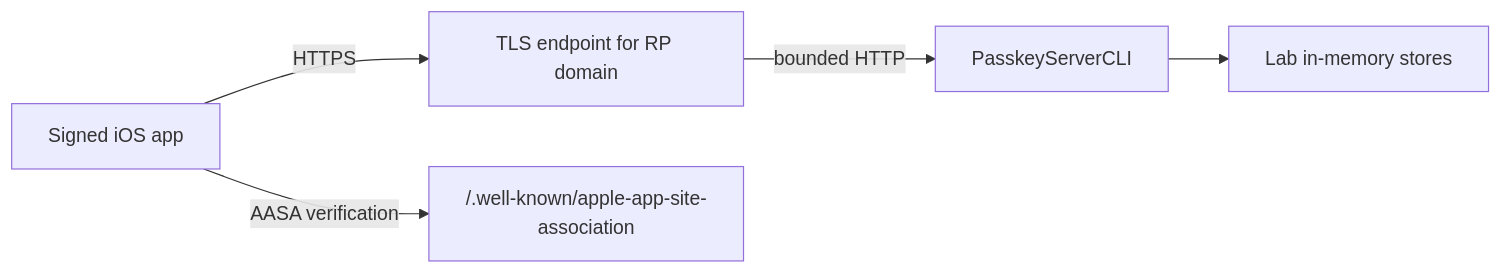
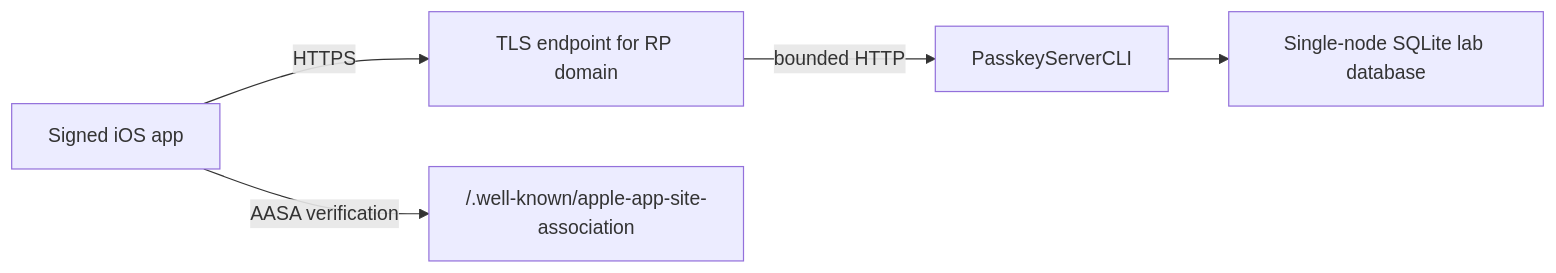
Before and after one commit to ubugeeei/learn-passkey: the diagram in docs/07-run-end-to-end.md, drawn with Mermaid. The commit also changed other lines of this file and 15 other files, not shown here.

Commit message:
feat(persistence): add durable SQLite stores

````diff
--- a/docs/07-run-end-to-end.md
+++ b/docs/07-run-end-to-end.md
@@ -28,7 +28,7 @@
 ```mermaid
 flowchart LR
     Phone["Signed iOS app"] -->|HTTPS| Proxy["TLS endpoint for RP domain"]
     Proxy -->|bounded HTTP| Server["PasskeyServerCLI"]
     Phone -->|AASA verification| AASA["/.well-known/apple-app-site-association"]
-    Server --> Store["Lab in-memory stores"]
+    Server --> Store["Single-node SQLite lab database"]
 ```
````
